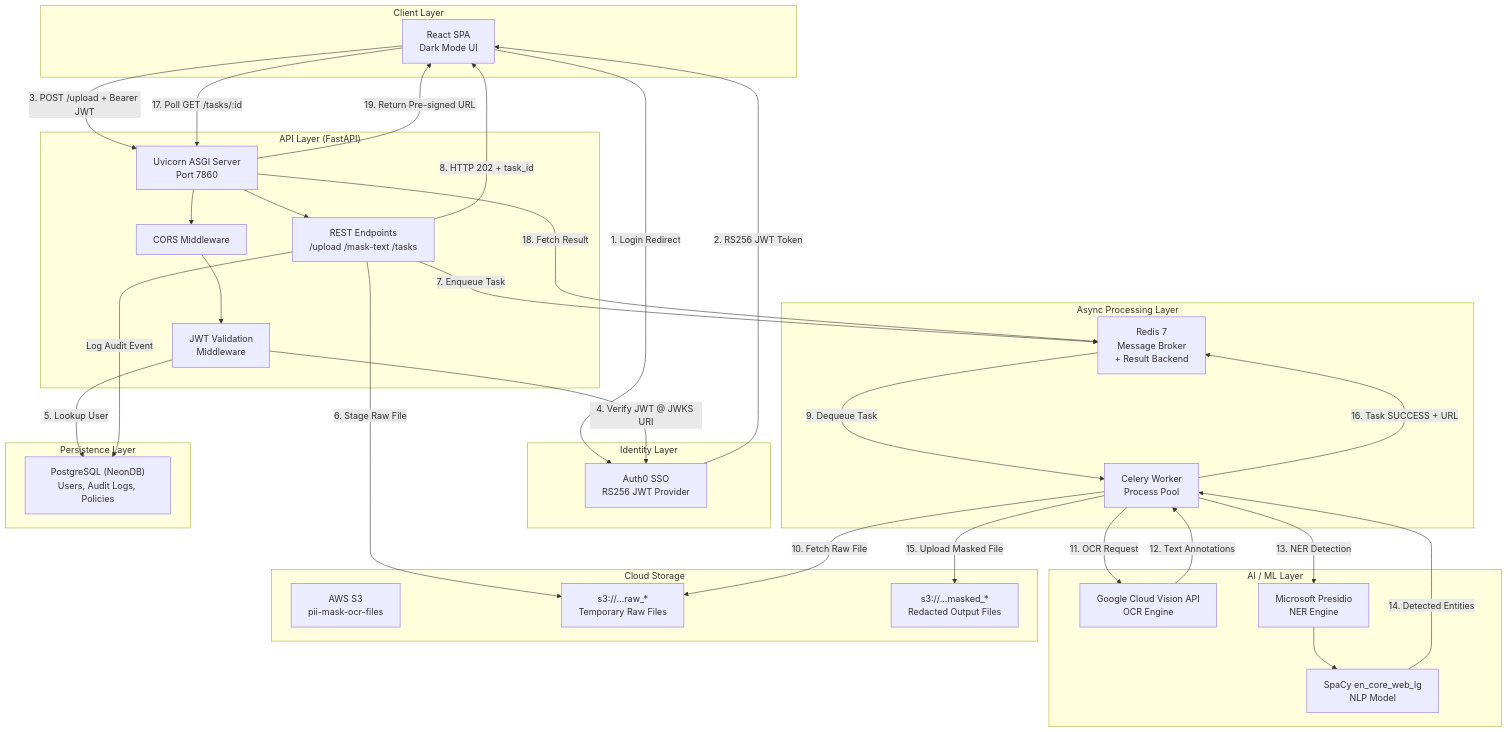
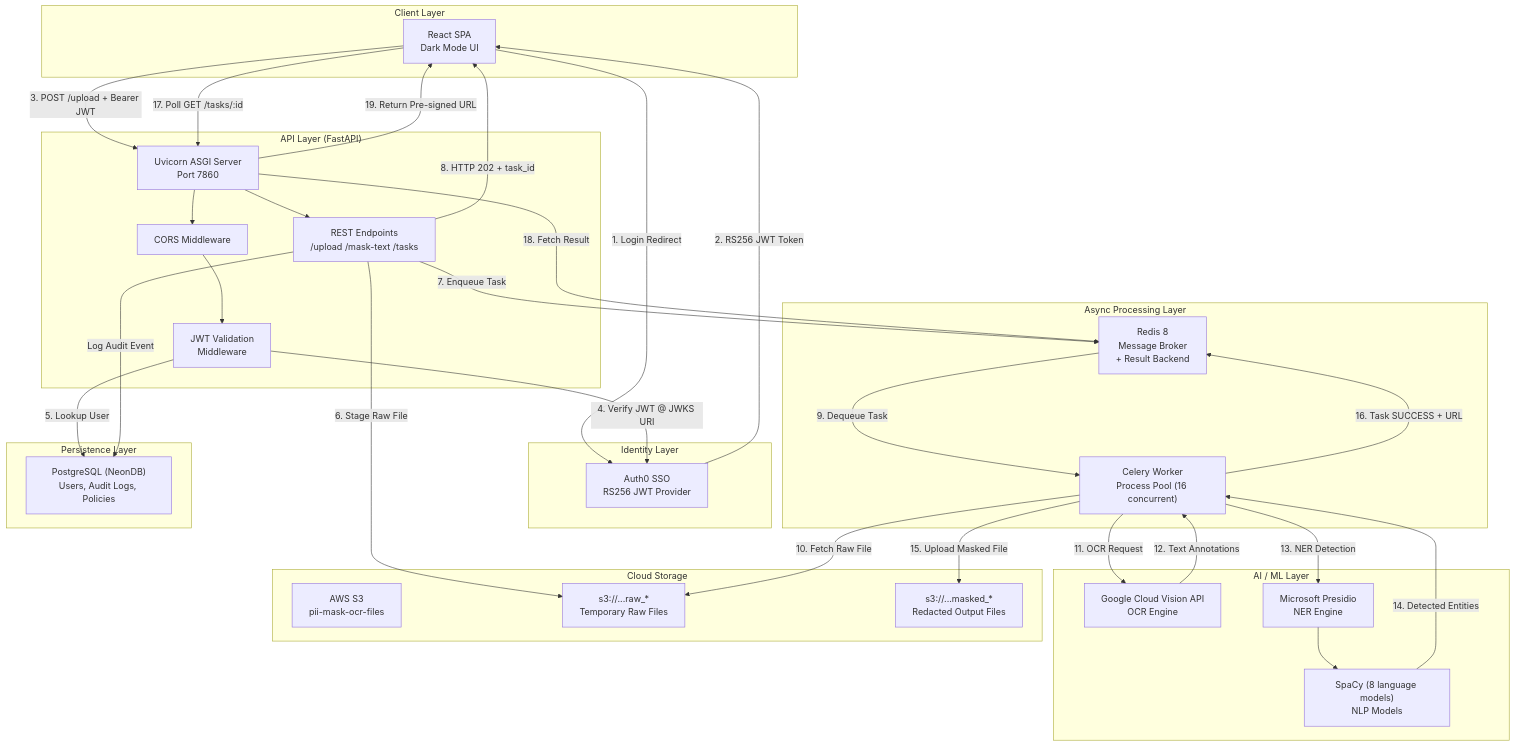
The first of 4 diagrams in README.md (BugHunterX2101/pii-masking-app), drawn with Mermaid before and after one commit. The commit also changed other lines of this file, not shown here.

````diff
--- a/README.md
+++ b/README.md
@@ -102,62 +122,62 @@
 ```mermaid
 flowchart TD
 subgraph CLIENT [" Client Layer"]
 Browser["React SPA\nDark Mode UI"]
 end
 
 subgraph AUTH [" Identity Layer"]
 Auth0["Auth0 SSO\nRS256 JWT Provider"]
 end
 
 subgraph API [" API Layer (FastAPI)"]
 Uvicorn["Uvicorn ASGI Server\nPort 7860"]
 CORS["CORS Middleware"]
 AuthMiddleware["JWT Validation\nMiddleware"]
 Endpoints["REST Endpoints\n/upload /mask-text /tasks"]
 end
 
 subgraph ASYNC [" Async Processing Layer"]
-Redis["Redis 7\nMessage Broker\n+ Result Backend"]
-Worker["Celery Worker\nProcess Pool"]
+Redis["Redis 8\nMessage Broker\n+ Result Backend"]
+Worker["Celery Worker\nProcess Pool (16 concurrent)"]
 end
 
 subgraph AI [" AI / ML Layer"]
 GCPVision["Google Cloud Vision API\nOCR Engine"]
 Presidio["Microsoft Presidio\nNER Engine"]
-Spacy["SpaCy en_core_web_lg\nNLP Model"]
+Spacy["SpaCy (8 language models)\nNLP Models"]
 end
 
 subgraph STORAGE [" Cloud Storage"]
 S3["AWS S3\npii-mask-ocr-files"]
 RawPrefix["s3://...raw_*\nTemporary Raw Files"]
 MaskedPrefix["s3://...masked_*\nRedacted Output Files"]
 end
 
 subgraph DB [" Persistence Layer"]
 Postgres["PostgreSQL (NeonDB)\nUsers, Audit Logs, Policies"]
 end
 
 Browser -- "1. Login Redirect" --> Auth0
 Auth0 -- "2. RS256 JWT Token" --> Browser
 Browser -- "3. POST /upload + Bearer JWT" --> Uvicorn
 Uvicorn --> CORS --> AuthMiddleware
 AuthMiddleware -- "4. Verify JWT @ JWKS URI" --> Auth0
 AuthMiddleware -- "5. Lookup User" --> Postgres
 Uvicorn --> Endpoints
 Endpoints -- "6. Stage Raw File" --> RawPrefix
 Endpoints -- "7. Enqueue Task" --> Redis
 Endpoints -- "8. HTTP 202 + task_id" --> Browser
 Redis -- "9. Dequeue Task" --> Worker
 Worker -- "10. Fetch Raw File" --> RawPrefix
 Worker -- "11. OCR Request" --> GCPVision
 GCPVision -- "12. Text Annotations" --> Worker
 Worker -- "13. NER Detection" --> Presidio
 Presidio --> Spacy
 Spacy -- "14. Detected Entities" --> Worker
 Worker -- "15. Upload Masked File" --> MaskedPrefix
 Worker -- "16. Task SUCCESS + URL" --> Redis
 Browser -- "17. Poll GET /tasks/:id" --> Uvicorn
 Uvicorn -- "18. Fetch Result" --> Redis
 Uvicorn -- "19. Return Pre-signed URL" --> Browser
 Endpoints -- "Log Audit Event" --> Postgres
 ```
````
